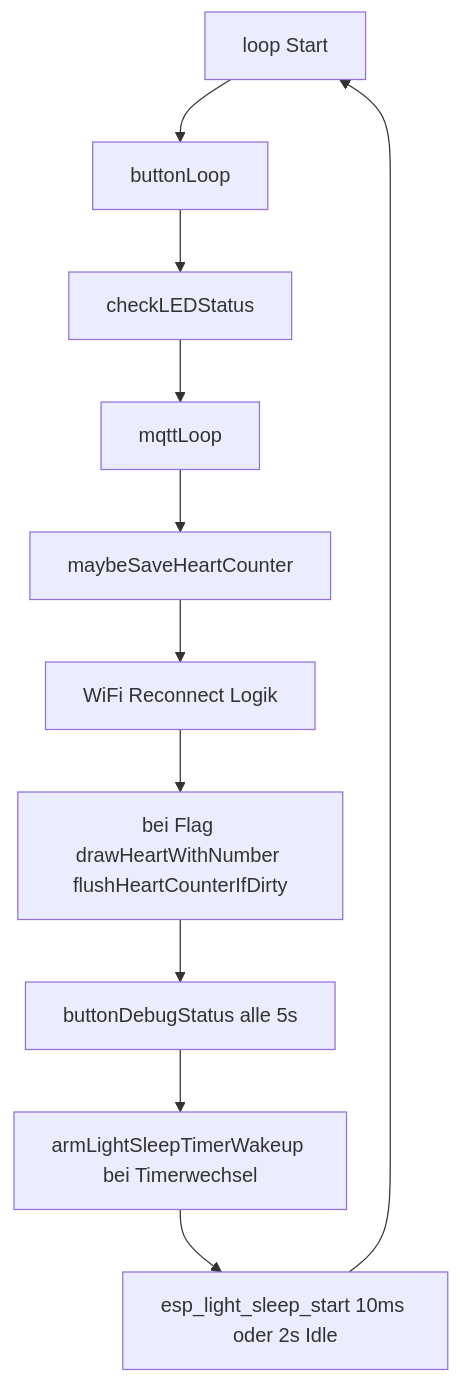
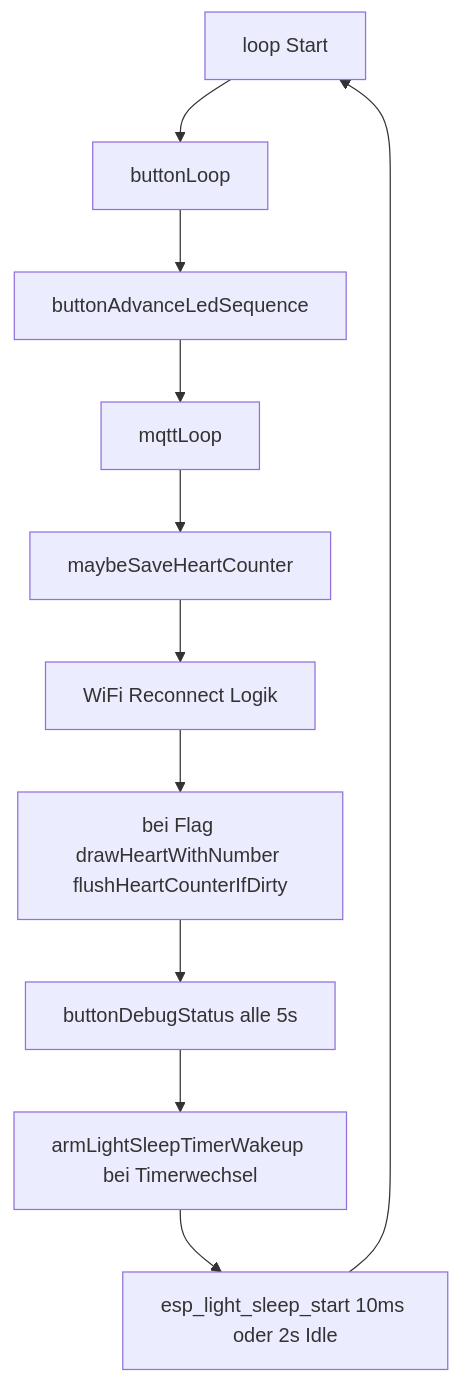
The fourth of 4 diagrams in docs/ARCHITECTURE.md (EyJunge1/chaya2mqtt), drawn with Mermaid before and after one commit. The commit also changed 9 other files, not shown here.

````diff
--- a/docs/ARCHITECTURE.md
+++ b/docs/ARCHITECTURE.md
@@ -105,15 +105,15 @@
 ```mermaid
 flowchart TD
     start[loop Start]
     btn[buttonLoop]
-    led[checkLEDStatus]
+    led[buttonAdvanceLedSequence]
     mq[mqttLoop]
     save[maybeSaveHeartCounter]
     wifi[WiFi Reconnect Logik]
     redraw[bei Flag drawHeartWithNumber flushHeartCounterIfDirty]
     dbg[buttonDebugStatus alle 5s]
     arm[armLightSleepTimerWakeup bei Timerwechsel]
     wait[esp_light_sleep_start 10ms oder 2s Idle]
 
     start --> btn --> led --> mq --> save --> wifi --> redraw --> dbg --> arm --> wait --> start
 ```
````
